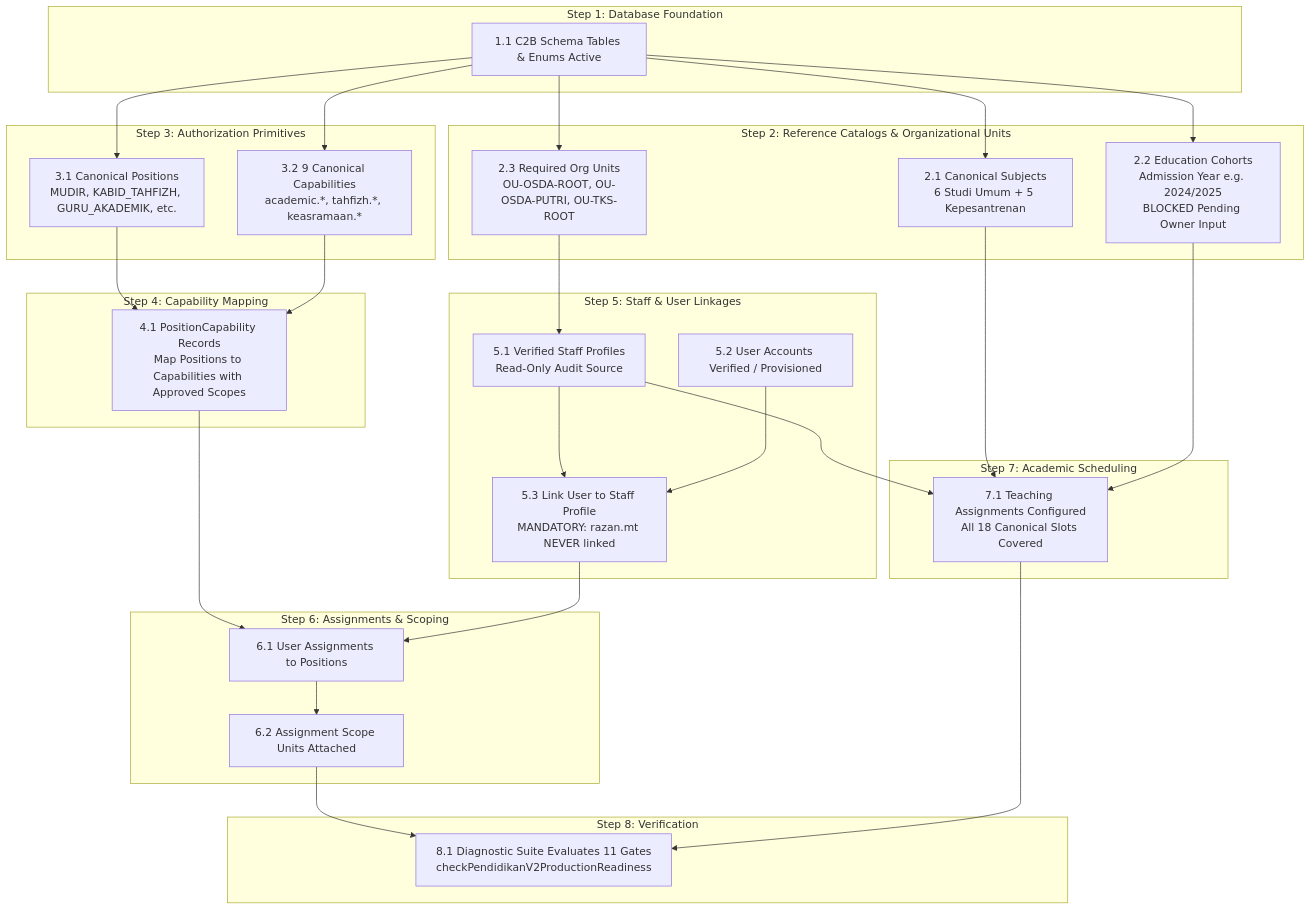
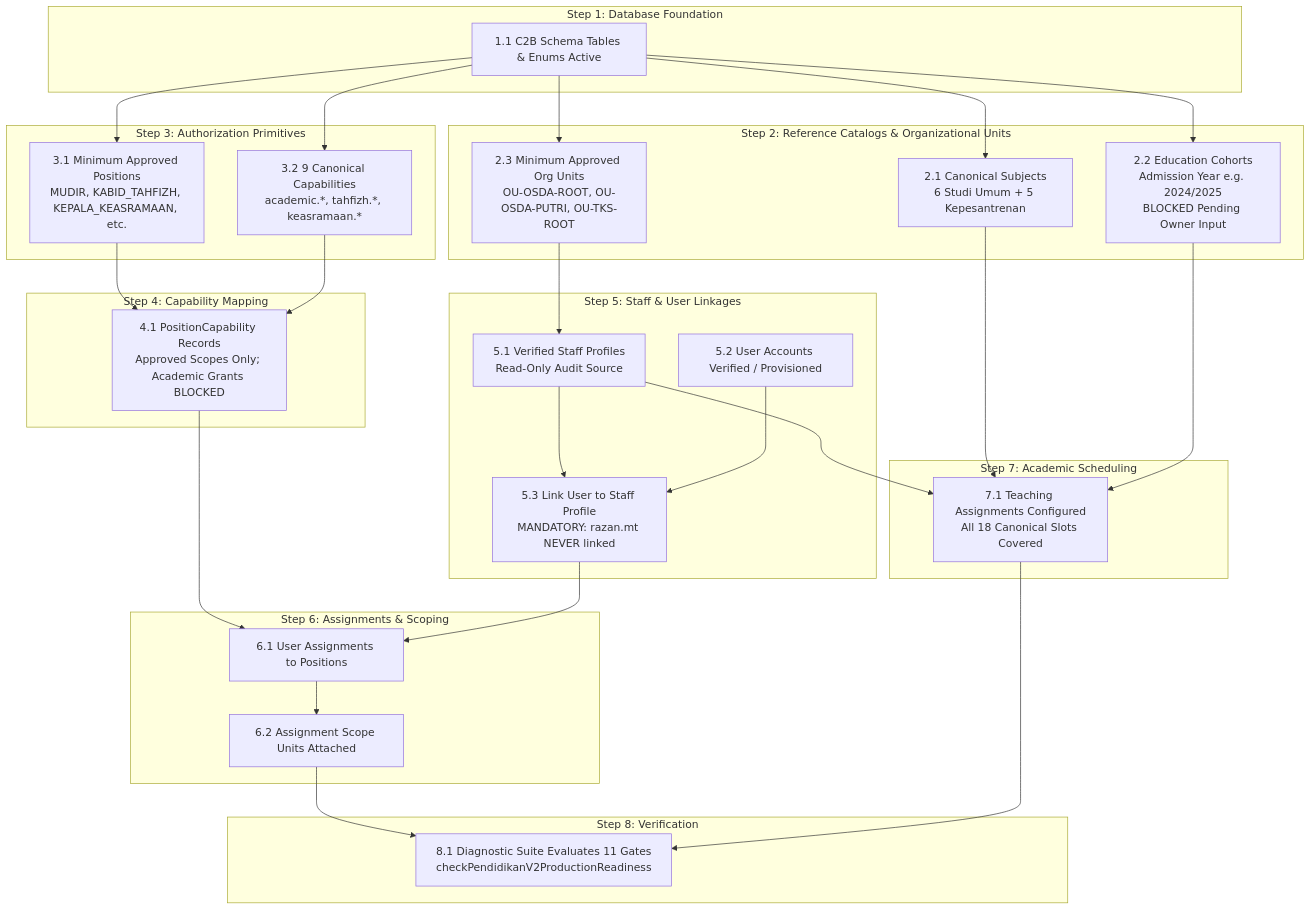
The second of 2 diagrams in docs/STQ_M3_RELEASE_DEPENDENCIES.md (abdngr23-pixel/stq-education-portal), drawn with Mermaid before and after one commit. The commit also changed other lines of this file and 3 other files, not shown here.

````diff
--- a/docs/STQ_M3_RELEASE_DEPENDENCIES.md
+++ b/docs/STQ_M3_RELEASE_DEPENDENCIES.md
@@ -78,64 +78,64 @@
 ```mermaid
 graph TD
     subgraph Step 1: Database Foundation
         S1[1.1 C2B Schema Tables & Enums Active]
     end
 
     subgraph Step 2: Reference Catalogs & Organizational Units
         S2A[2.1 Canonical Subjects<br/>6 Studi Umum + 5 Kepesantrenan]
         S2B[2.2 Education Cohorts<br/>Admission Year e.g. 2024/2025<br/>BLOCKED Pending Owner Input]
-        S2C[2.3 Required Org Units<br/>OU-OSDA-ROOT, OU-OSDA-PUTRI, OU-TKS-ROOT]
+        S2C[2.3 Minimum Approved Org Units<br/>OU-OSDA-ROOT, OU-OSDA-PUTRI, OU-TKS-ROOT]
     end
 
     subgraph Step 3: Authorization Primitives
-        S3A[3.1 Canonical Positions<br/>MUDIR, KABID_TAHFIZH, GURU_AKADEMIK, etc.]
+        S3A[3.1 Minimum Approved Positions<br/>MUDIR, KABID_TAHFIZH, KEPALA_KEASRAMAAN, etc.]
         S3B[3.2 9 Canonical Capabilities<br/>academic.*, tahfizh.*, keasramaan.*]
     end
 
     subgraph Step 4: Capability Mapping
-        S4[4.1 PositionCapability Records<br/>Map Positions to Capabilities with Approved Scopes]
+        S4[4.1 PositionCapability Records<br/>Approved Scopes Only; Academic Grants BLOCKED]
     end
 
     subgraph Step 5: Staff & User Linkages
         S5A[5.1 Verified Staff Profiles<br/>Read-Only Audit Source]
         S5B[5.2 User Accounts Verified / Provisioned]
         S5C[5.3 Link User to Staff Profile<br/>MANDATORY: razan.mt NEVER linked]
     end
 
     subgraph Step 6: Assignments & Scoping
         S6A[6.1 User Assignments to Positions]
         S6B[6.2 Assignment Scope Units Attached]
     end
 
     subgraph Step 7: Academic Scheduling
         S7[7.1 Teaching Assignments Configured<br/>All 18 Canonical Slots Covered]
     end
 
     subgraph Step 8: Verification
         S8[8.1 Diagnostic Suite Evaluates 11 Gates<br/>checkPendidikanV2ProductionReadiness]
     end
 
     S1 --> S2A
     S1 --> S2B
     S1 --> S2C
     S1 --> S3A
     S1 --> S3B
 
     S3A --> S4
     S3B --> S4
 
     S2C --> S5A
     S5A --> S5C
     S5B --> S5C
 
     S4 --> S6A
     S5C --> S6A
     S6A --> S6B
 
     S2A --> S7
     S2B --> S7
     S5A --> S7
 
     S6B --> S8
     S7 --> S8
 ```
````
